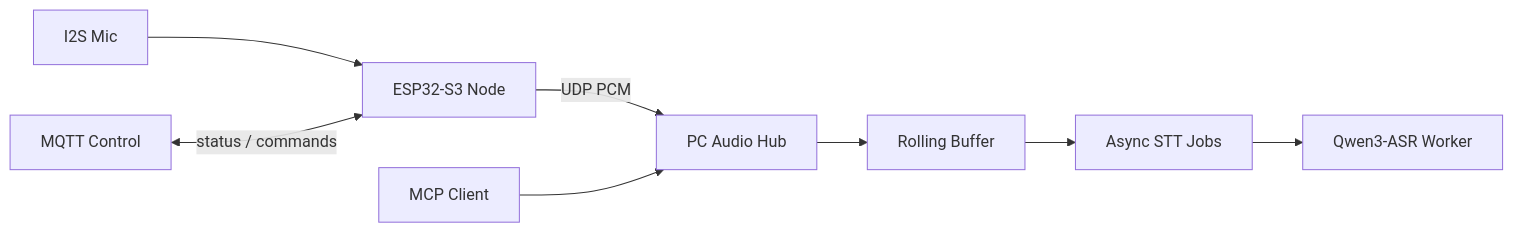
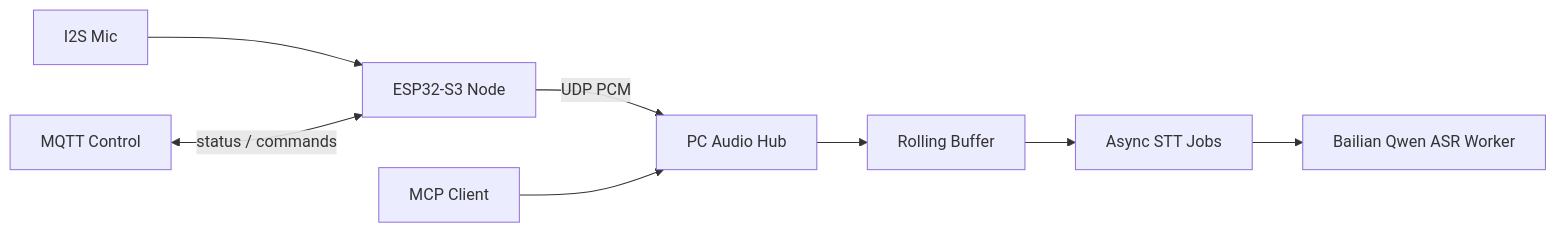
Before and after one commit to Tobi1chi/EchoTrigger: the diagram in README.md, drawn with Mermaid. The commit also changed other lines of this file and 7 other files, not shown here.

Commit message:
docs: document Bailian ASR setup

````diff
--- a/README.md
+++ b/README.md
@@ -15,10 +15,10 @@
 ```mermaid
 flowchart LR
   mic["I2S Mic"] --> esp["ESP32-S3 Node"]
   esp -->|"UDP PCM"| hub["PC Audio Hub"]
   hub --> ring["Rolling Buffer"]
   ring --> jobs["Async STT Jobs"]
-  jobs --> asr["Qwen3-ASR Worker"]
+  jobs --> asr["Bailian Qwen ASR Worker"]
   mqtt["MQTT Control"] <-->|"status / commands"| esp
   mcp["MCP Client"] --> hub
 ```
````
